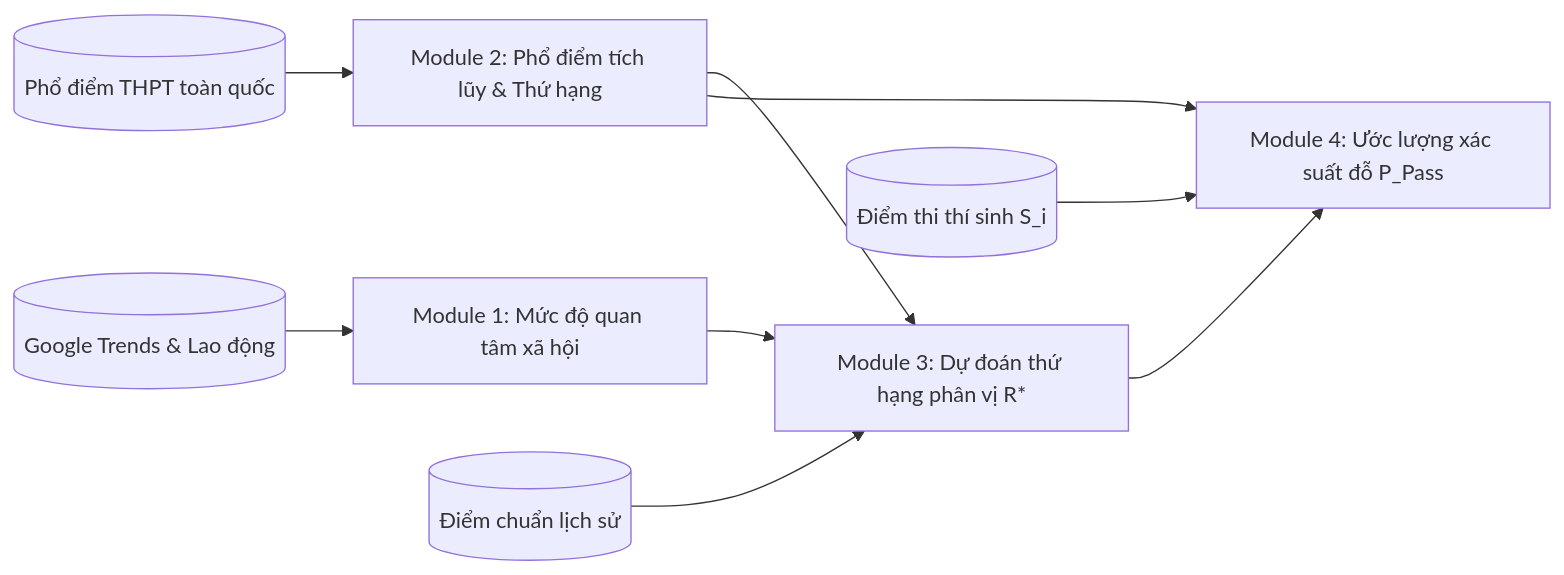
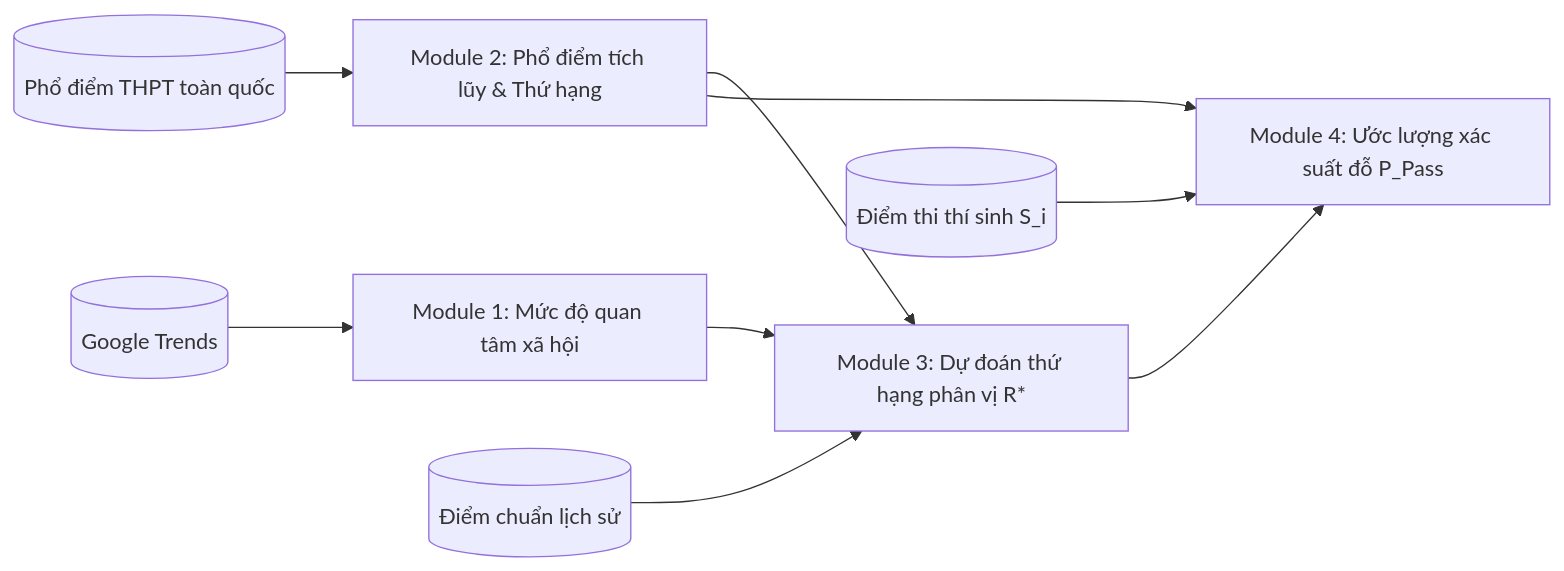
The diagram in docs/refined-problem-specification.md (MinhQuan805/IS405.R11-Big-Data), drawn with Mermaid before and after one commit. The commit also changed other lines of this file and 1 other file, not shown here.

Commit message:
Update student infor

````diff
--- a/docs/refined-problem-specification.md
+++ b/docs/refined-problem-specification.md
@@ -35,12 +35,12 @@
 ```mermaid
 graph LR
-    A[(Google Trends & Lao động)] --> M1[Module 1: Mức độ quan tâm xã hội]
+    A[(Google Trends)] --> M1[Module 1: Mức độ quan tâm xã hội]
     B[(Phổ điểm THPT toàn quốc)] --> M2[Module 2: Phổ điểm tích lũy & Thứ hạng]
     C[(Điểm chuẩn lịch sử)] --> M3[Module 3: Dự đoán thứ hạng phân vị R*]
     D[(Điểm thi thí sinh S_i)] --> M4[Module 4: Ước lượng xác suất đỗ P_Pass]
 
     M1 --> M3
     M2 --> M3
     M2 --> M4
     M3 --> M4
 ```
````
